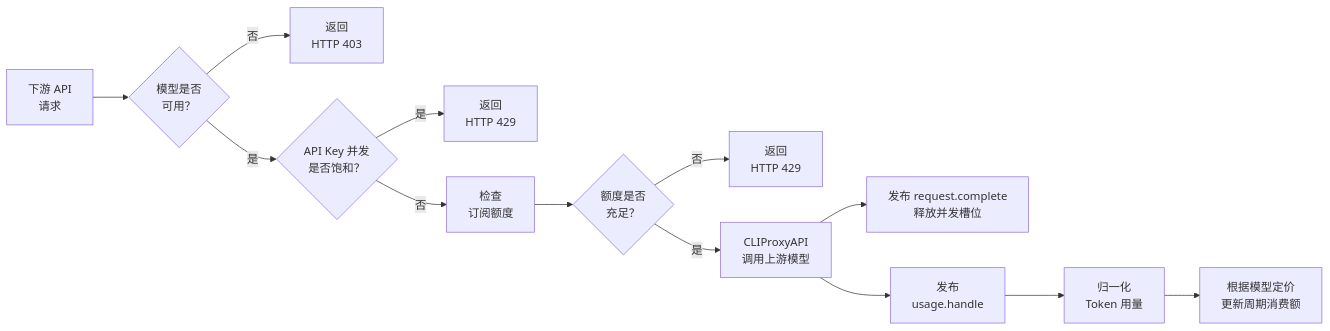
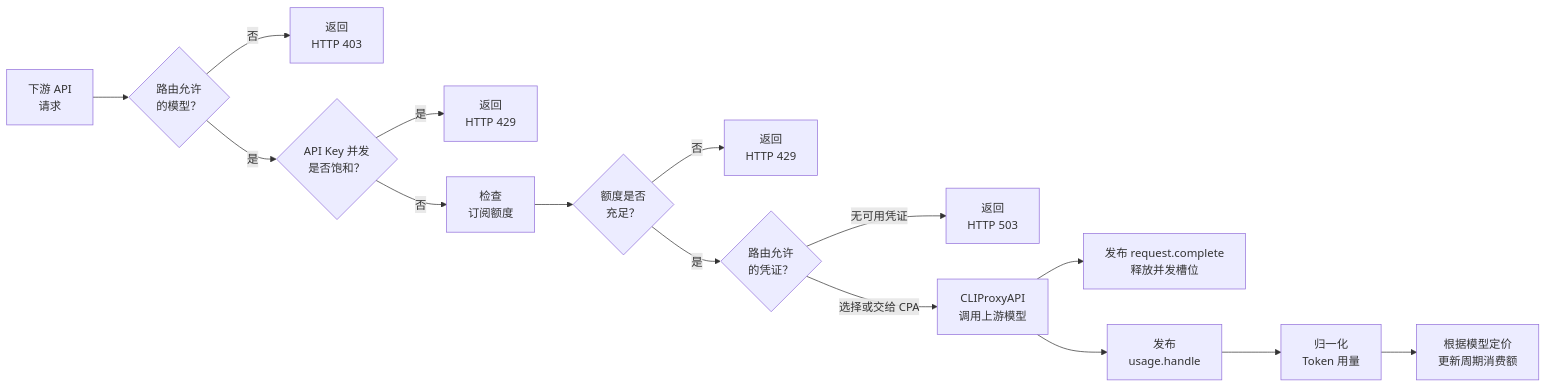
Before and after one commit to haowang02/cpa-plugin-key-billing: the diagram in README.md, drawn with Mermaid. The commit also changed other lines of this file and 46 other files, not shown here.

````diff
--- a/README.md
+++ b/README.md
@@ -25,15 +25,17 @@
 ```mermaid
 flowchart LR
-    A[下游 API<br/>请求] --> M{模型是否<br/>可用？}
+    A[下游 API<br/>请求] --> M{路由允许<br/>的模型？}
     M -- 否 --> N[返回<br/>HTTP 403]
     M -- 是 --> L{API Key 并发<br/>是否饱和？}
     L -- 是 --> R[返回<br/>HTTP 429]
     L -- 否 --> B[检查<br/>订阅额度]
     B --> C{额度是否<br/>充足？}
     C -- 否 --> D[返回<br/>HTTP 429]
-    C -- 是 --> E[CLIProxyAPI<br/>调用上游模型]
+    C -- 是 --> U{路由允许<br/>的凭证？}
+    U -- 无可用凭证 --> V[返回<br/>HTTP 503]
+    U -- 选择或交给 CPA --> E[CLIProxyAPI<br/>调用上游模型]
     E --> X[发布 request.complete<br/>释放并发槽位]
     E --> F[发布<br/>usage.handle]
     F --> H[归一化<br/>Token 用量]
     H --> G[根据模型定价<br/>更新周期消费额]
 ```
````
